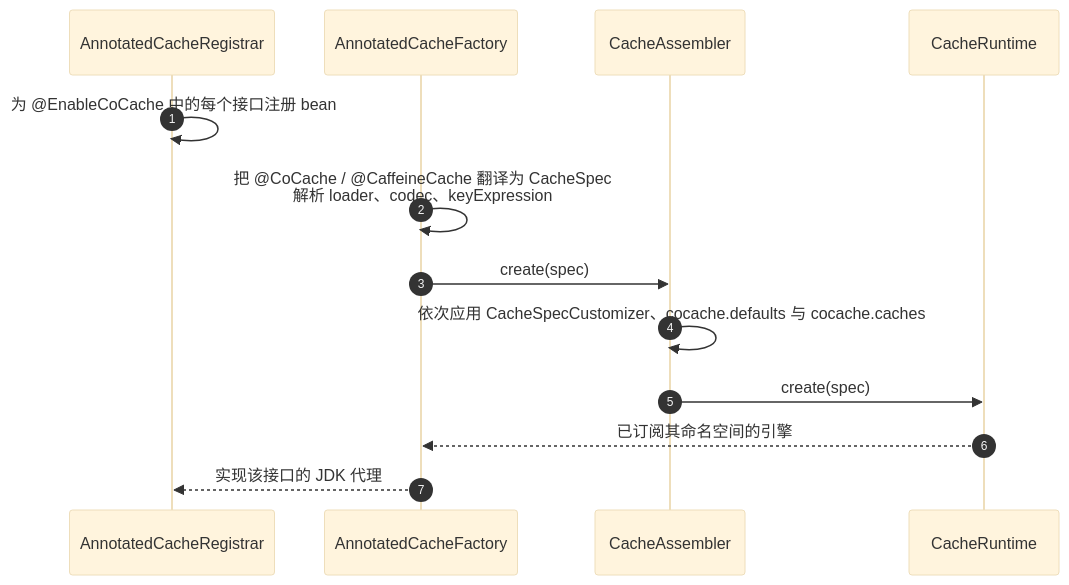
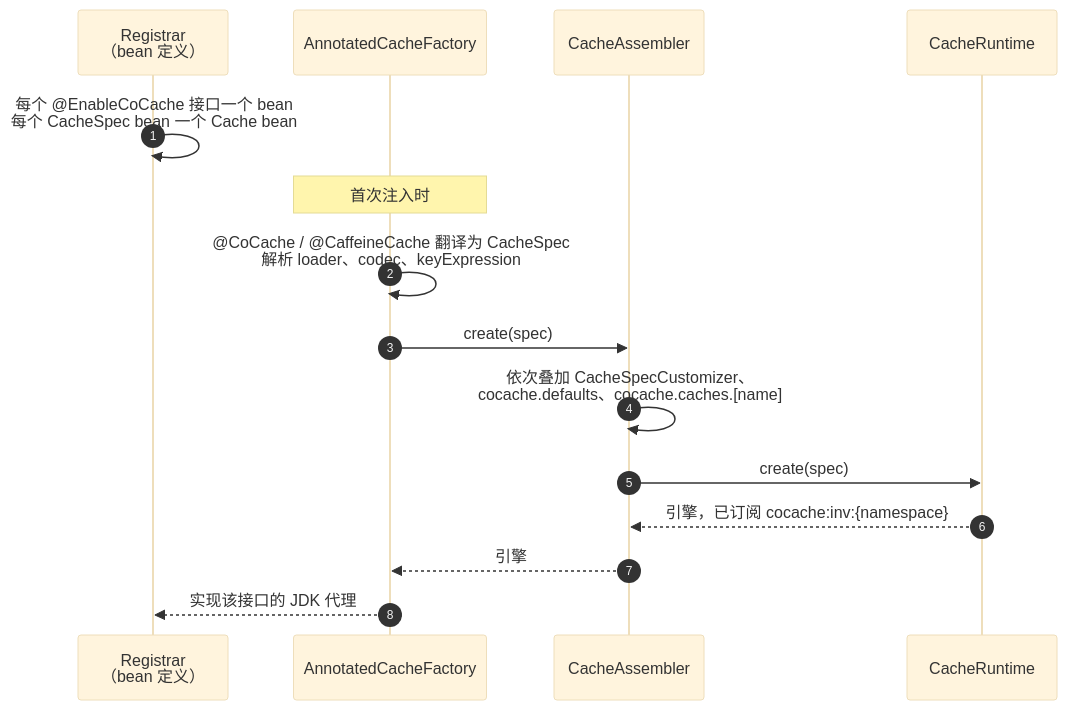
Before and after one commit to Ahoo-Wang/CoCache: the second of 2 diagrams in wiki/zh/architecture/index.md, drawn with Mermaid (base theme). The commit also changed other lines of this file and 23 other files, not shown here.

Commit message:
fix(core): SetCache format checks; docs: rewrite operations and architecture (en + zh)

````diff
--- a/wiki/zh/architecture/index.md
+++ b/wiki/zh/architecture/index.md
@@ -94,15 +97,17 @@
 ```mermaid
 sequenceDiagram
     autonumber
-    participant R as AnnotatedCacheRegistrar
-    participant F as AnnotatedCacheFactory
-    participant A as CacheAssembler
+    participant Reg as Registrar<br>（bean 定义）
+    participant Fac as AnnotatedCacheFactory
+    participant Asm as CacheAssembler
     participant RT as CacheRuntime
-    R->>R: 为 @EnableCoCache 中的每个接口注册 bean
-    F->>F: 把 @CoCache / @CaffeineCache 翻译为 CacheSpec<br>解析 loader、codec、keyExpression
-    F->>A: create(spec)
-    A->>A: 依次应用 CacheSpecCustomizer、cocache.defaults 与 cocache.caches
-    A->>RT: create(spec)
-    RT-->>F: 已订阅其命名空间的引擎
-    F-->>R: 实现该接口的 JDK 代理
+    Reg->>Reg: 每个 @EnableCoCache 接口一个 bean<br>每个 CacheSpec bean 一个 Cache bean
+    Note over Fac: 首次注入时
+    Fac->>Fac: @CoCache / @CaffeineCache 翻译为 CacheSpec<br>解析 loader、codec、keyExpression
+    Fac->>Asm: create(spec)
+    Asm->>Asm: 依次叠加 CacheSpecCustomizer、<br>cocache.defaults、cocache.caches.[name]
+    Asm->>RT: create(spec)
+    RT-->>Asm: 引擎，已订阅 cocache:inv:{namespace}
+    Asm-->>Fac: 引擎
+    Fac-->>Reg: 实现该接口的 JDK 代理
 ```
````
